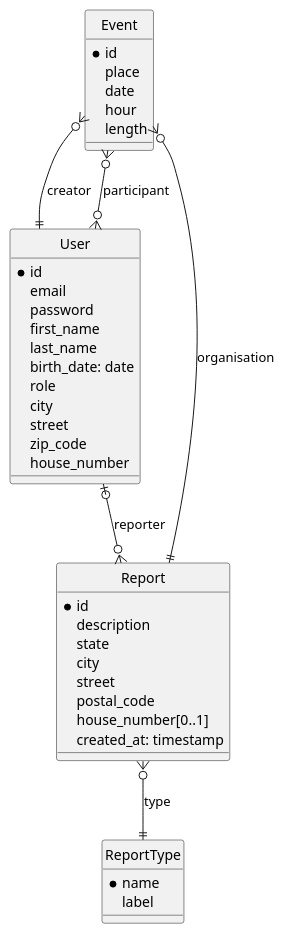
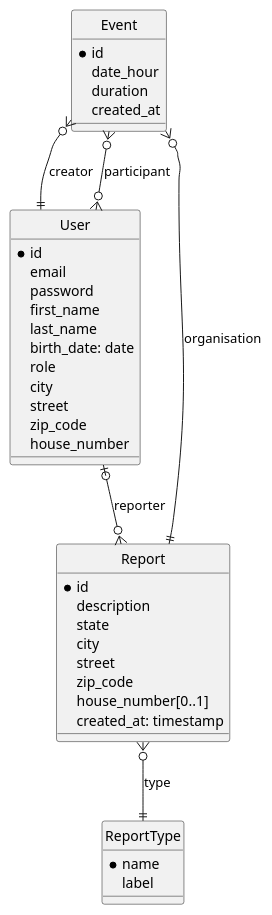
The diagram in schemas/database_EA.puml (ThibBer/smartcity_api), drawn with PlantUML before and after one commit.

```diff
--- a/schemas/database_EA.puml
+++ b/schemas/database_EA.puml
@@ -1,48 +1,47 @@
 @startuml
 hide circle
 
 entity User{
     * id
     email
     password
     first_name
     last_name
     birth_date: date
     role
     city
     street
     zip_code
     house_number
 }
 
 entity Report {
     * id
     description
     state
     city
     street
-    postal_code
+    zip_code
     house_number[0..1]
     created_at: timestamp
 }
 
 entity Event {
     * id
-    place
-    date
-    hour
-    length
+    date_hour
+    duration
+    created_at
 }
 
 entity ReportType {
     * name
     label
 }
 
 User |o--o{ Report : reporter
 Report ||--o{ Event : organisation
 User }o--o{ Event : participant
 User ||-up-o{ Event : creator
 Report }o--|| ReportType : type
 
 @enduml
```
